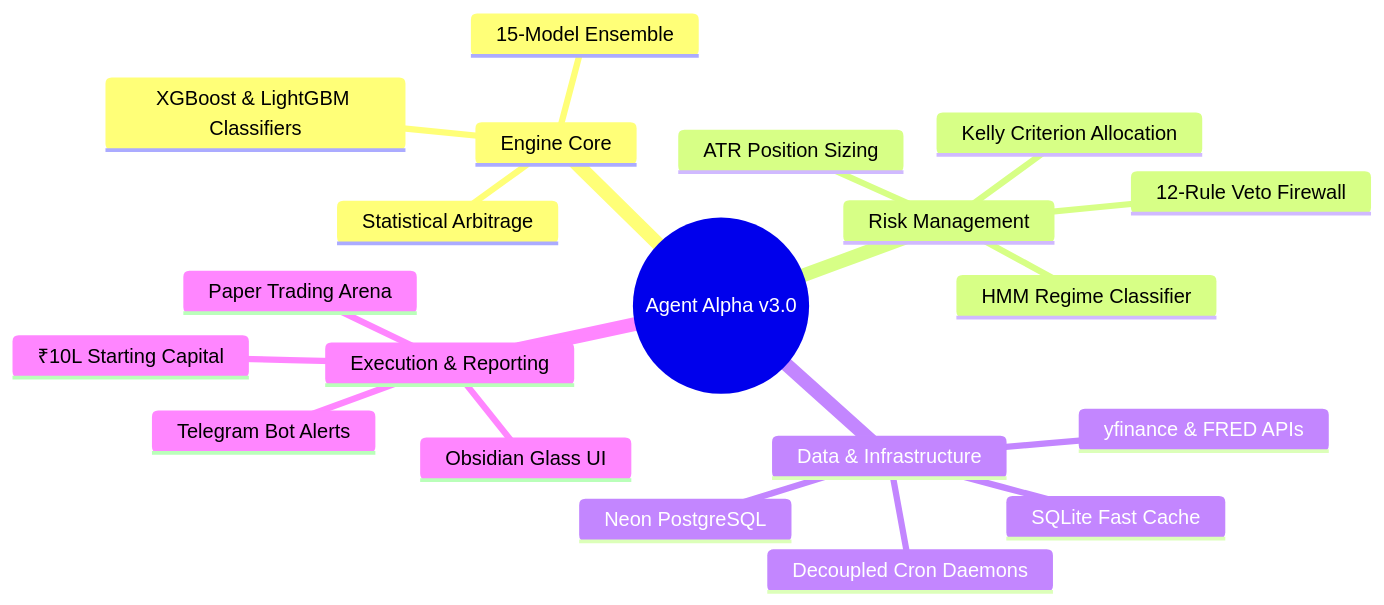
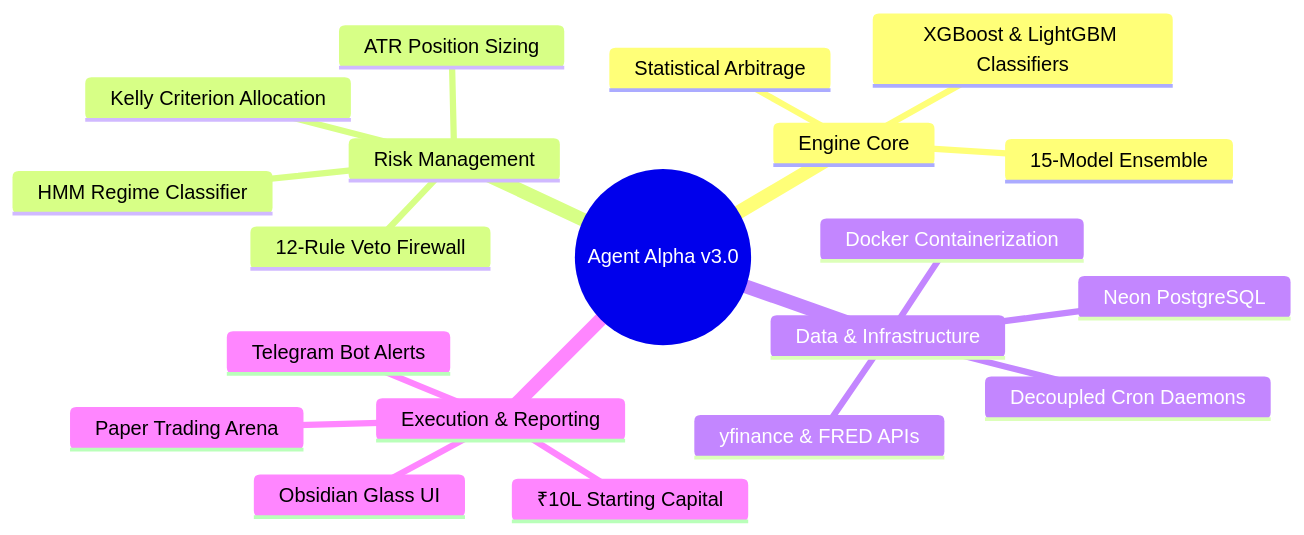
One commit to SaiSiddharthBS/MarketAnalyser changed the first of 4 diagrams in README.md. Above: the diagram before and after it, drawn with Mermaid. The commit also changed other lines of this file, not shown here.

Commit message:
docs: Add dual-node architecture, horizon expertise, docker, and benchmark charts

````diff
--- a/README.md
+++ b/README.md
@@ -34,23 +46,23 @@
 ```mermaid
 mindmap
   root((Agent Alpha v3.0))
     Engine Core
       15-Model Ensemble
       XGBoost & LightGBM Classifiers
       Statistical Arbitrage
     Risk Management
       HMM Regime Classifier
       12-Rule Veto Firewall
       ATR Position Sizing
       Kelly Criterion Allocation
     Data & Infrastructure
       yfinance & FRED APIs
       Neon PostgreSQL
-      SQLite Fast Cache
+      Docker Containerization
       Decoupled Cron Daemons
     Execution & Reporting
       Paper Trading Arena
       ₹10L Starting Capital
       Telegram Bot Alerts
       Obsidian Glass UI
 ```
````
